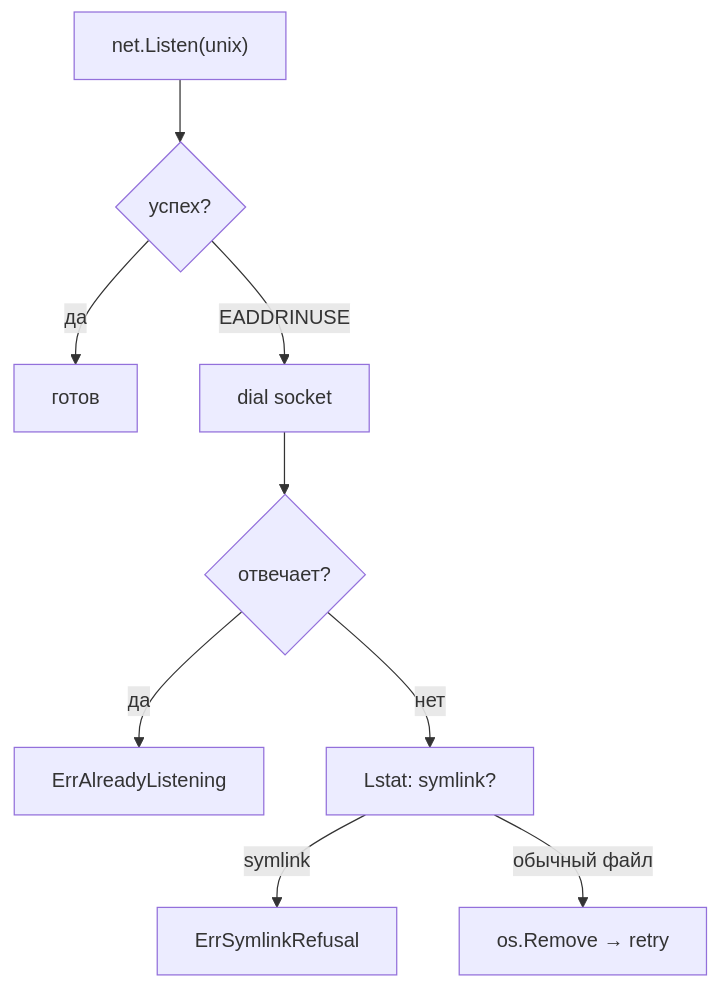
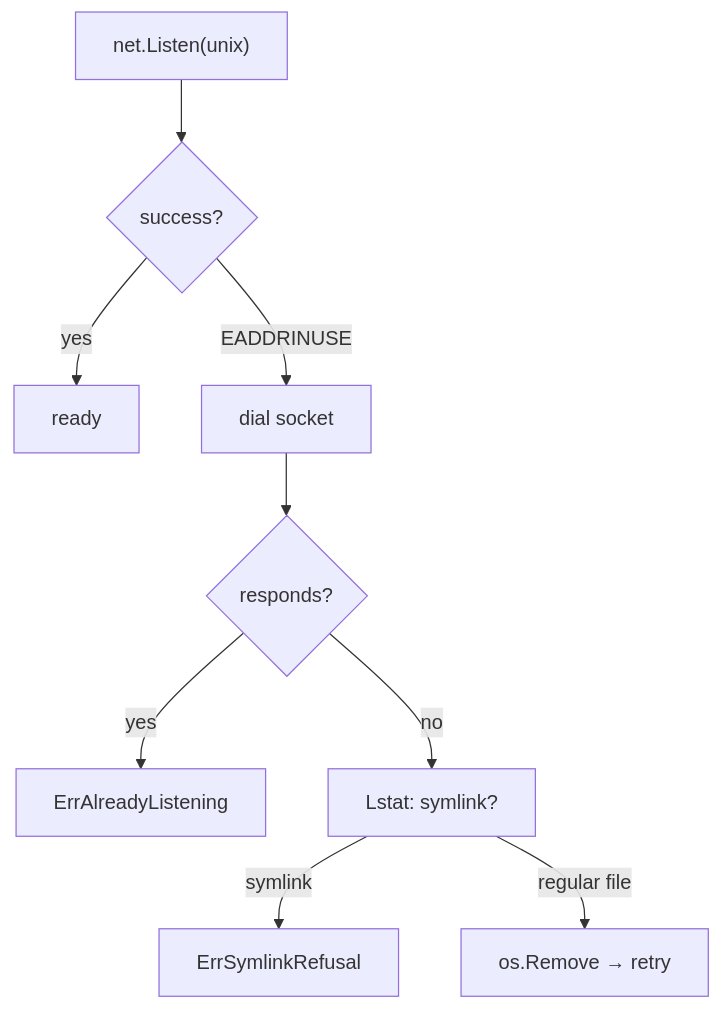
One commit to voluminor/ratatoskr changed the third of 3 diagrams in mod/socks/README.md. Above: the diagram before and after it, drawn with Mermaid. The commit also changed other lines of this file and 6 other files, not shown here.

````diff
--- a/mod/socks/README.md
+++ b/mod/socks/README.md
@@ -118,11 +119,11 @@
 ```mermaid
 flowchart TB
-    Listen["net.Listen(unix)"] --> OK{"успех?"}
-    OK -->|" да "| Done["готов"]
+    Listen["net.Listen(unix)"] --> OK{"success?"}
+    OK -->|" yes "| Done["ready"]
     OK -->|" EADDRINUSE "| Dial["dial socket"]
-    Dial --> Alive{"отвечает?"}
-    Alive -->|" да "| Err["ErrAlreadyListening"]
-    Alive -->|" нет "| Check["Lstat: symlink?"]
+    Dial --> Alive{"responds?"}
+    Alive -->|" yes "| Err["ErrAlreadyListening"]
+    Alive -->|" no "| Check["Lstat: symlink?"]
     Check -->|" symlink "| Refuse["ErrSymlinkRefusal"]
-    Check -->|" обычный файл "| Remove["os.Remove → retry"]
+    Check -->|" regular file "| Remove["os.Remove → retry"]
 ```
````
